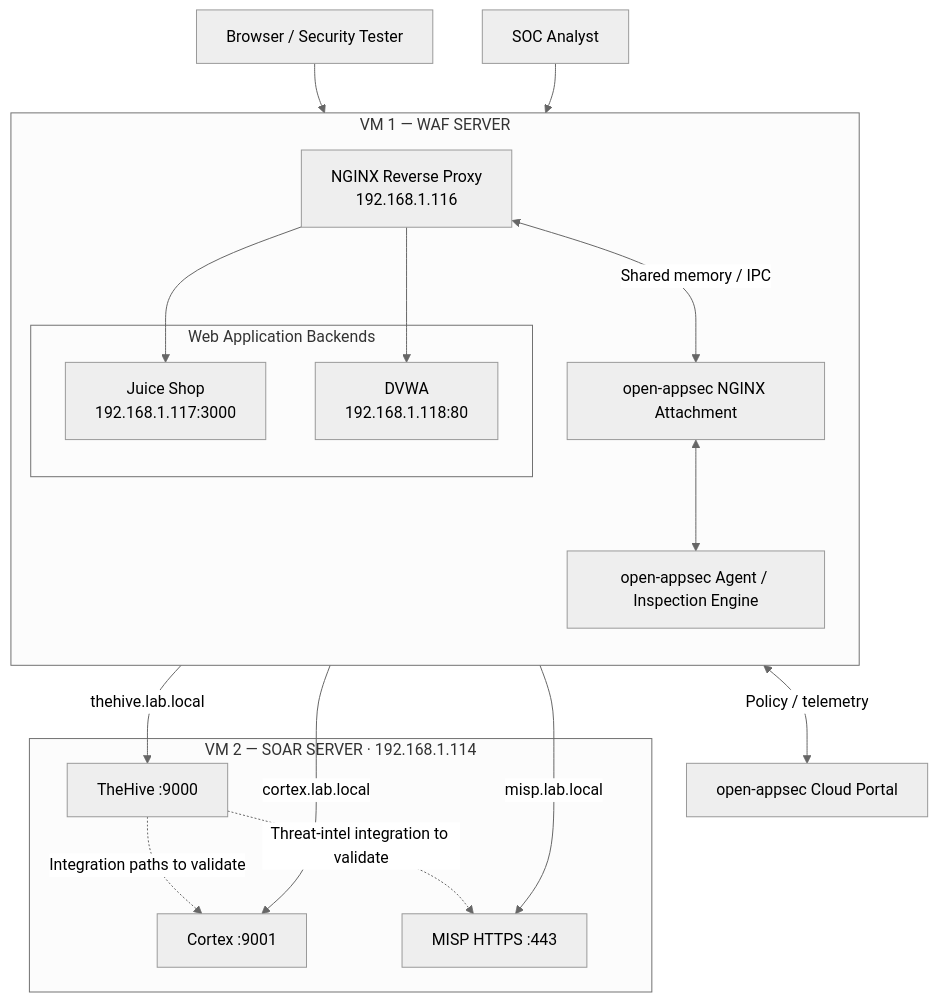
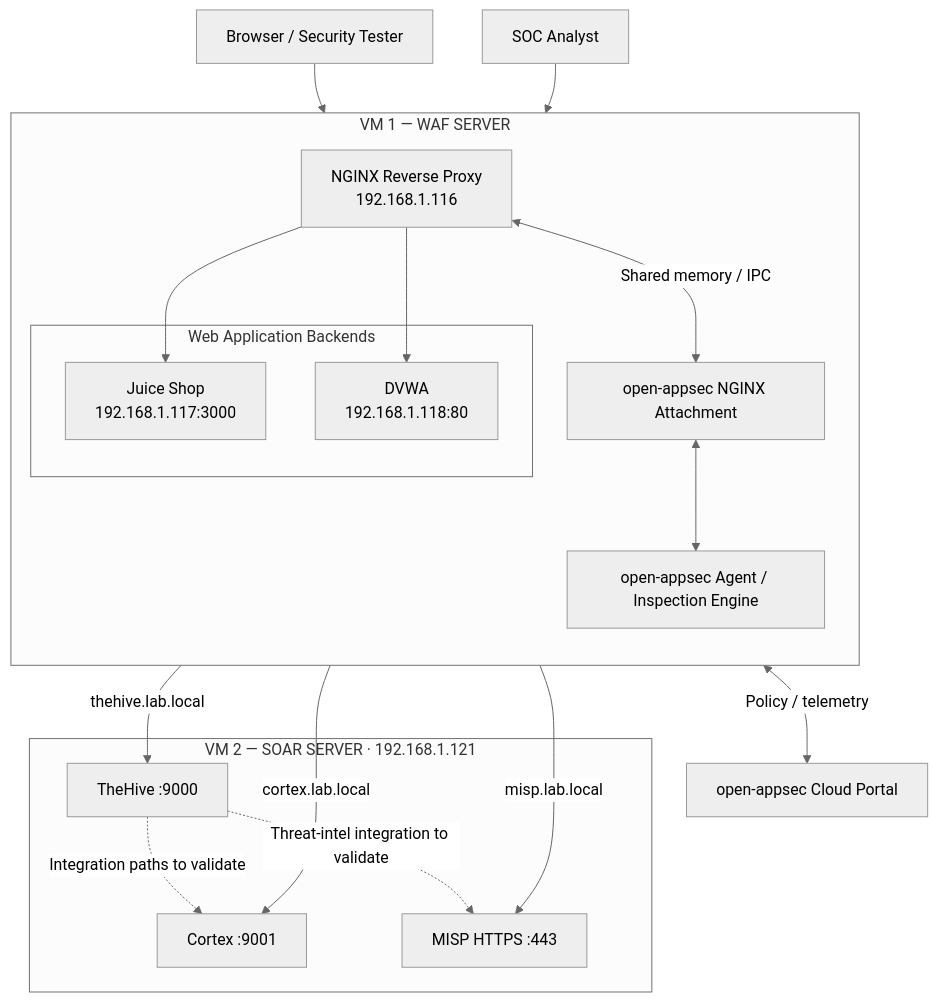
Before and after one commit to Pamidipallikiran/open-appsec-waf-security-lab: the diagram in README.md, drawn with Mermaid (neutral theme). The commit also changed other lines of this file and 6 other files, not shown here.

````diff
--- a/README.md
+++ b/README.md
@@ -31,36 +31,36 @@
 ```mermaid
 flowchart TB
     CLIENT["Browser / Security Tester"]
     ANALYST["SOC Analyst"]
     PORTAL["open-appsec Cloud Portal"]
 
     subgraph WAFVM["VM 1 — WAF SERVER"]
         direction TB
         NGINX["NGINX Reverse Proxy<br/>192.168.1.116"]
         ATTACH["open-appsec NGINX Attachment"]
         AGENT["open-appsec Agent / Inspection Engine"]
         NGINX <--> |"Shared memory / IPC"| ATTACH
         ATTACH <--> AGENT
         subgraph WEB["Web Application Backends"]
             JUICE["Juice Shop<br/>192.168.1.117:3000"]
             DVWA["DVWA<br/>192.168.1.118:80"]
         end
         NGINX --> JUICE
         NGINX --> DVWA
     end
 
-    subgraph SOARVM["VM 2 — SOAR SERVER · 192.168.1.114"]
+    subgraph SOARVM["VM 2 — SOAR SERVER · 192.168.1.121"]
         THEHIVE["TheHive :9000"]
         CORTEX["Cortex :9001"]
         MISP["MISP HTTPS :443"]
     end
 
     CLIENT --> NGINX
     ANALYST --> NGINX
     NGINX -->|"thehive.lab.local"| THEHIVE
     NGINX -->|"cortex.lab.local"| CORTEX
     NGINX -->|"misp.lab.local"| MISP
     AGENT <-->|"Policy / telemetry"| PORTAL
     THEHIVE -.->|"Integration paths to validate"| CORTEX
     THEHIVE -.->|"Threat-intel integration to validate"| MISP
 ```
````
